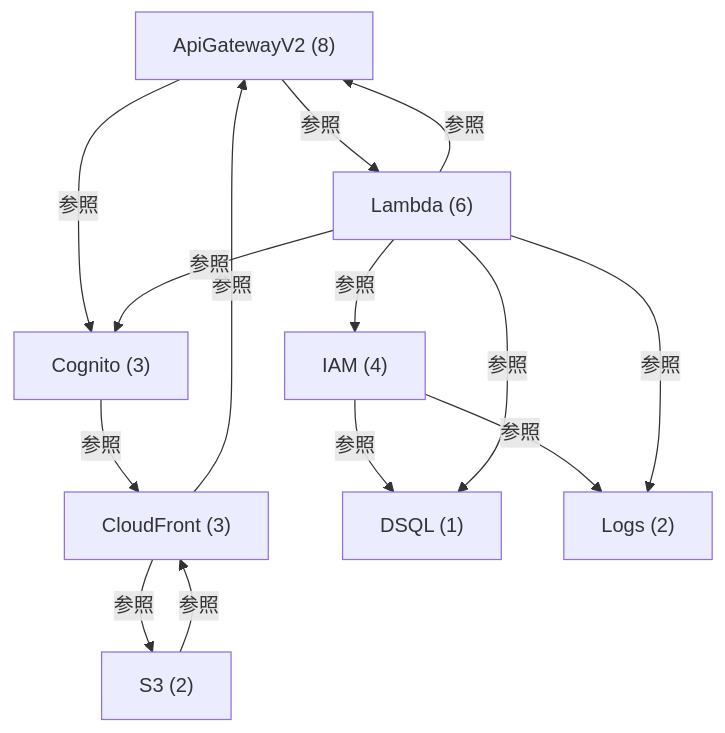
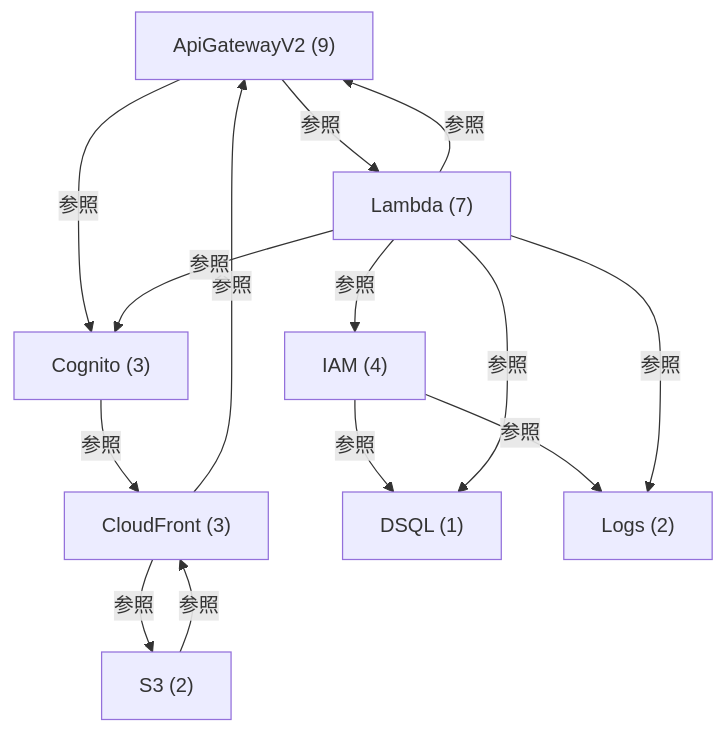
One commit to tsuji-tomonori/CornellNoteWebv2 changed the diagram in docs/generated/infrastructure/topology.gen.md. Above: the diagram before and after it, drawn with Mermaid. The commit also changed other lines of this file and 194 other files, not shown here.

````diff
--- a/docs/generated/infrastructure/topology.gen.md
+++ b/docs/generated/infrastructure/topology.gen.md
@@ -7,24 +7,24 @@
 ```mermaid
 flowchart TD
-  S0["ApiGatewayV2 (8)"]
+  S0["ApiGatewayV2 (9)"]
   S1["CloudFront (3)"]
   S2["Cognito (3)"]
   S3["DSQL (1)"]
   S4["IAM (4)"]
-  S5["Lambda (6)"]
+  S5["Lambda (7)"]
   S6["Logs (2)"]
   S7["S3 (2)"]
   S0 -->|参照| S2
   S0 -->|参照| S5
   S1 -->|参照| S0
   S1 -->|参照| S7
   S2 -->|参照| S1
   S4 -->|参照| S3
   S4 -->|参照| S6
   S5 -->|参照| S0
   S5 -->|参照| S2
   S5 -->|参照| S3
   S5 -->|参照| S4
   S5 -->|参照| S6
   S7 -->|参照| S1
 ```
````
